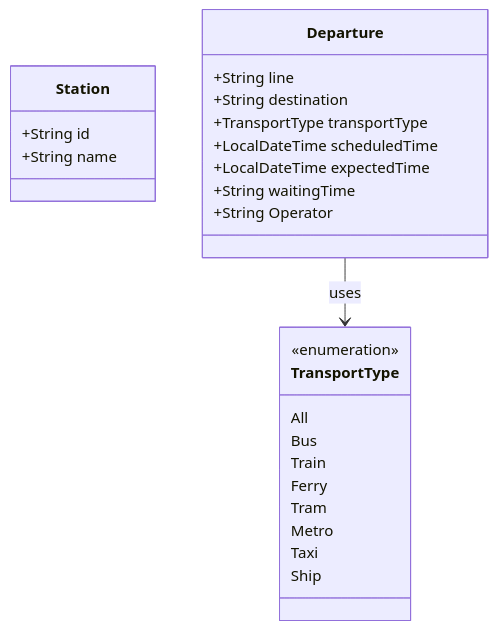
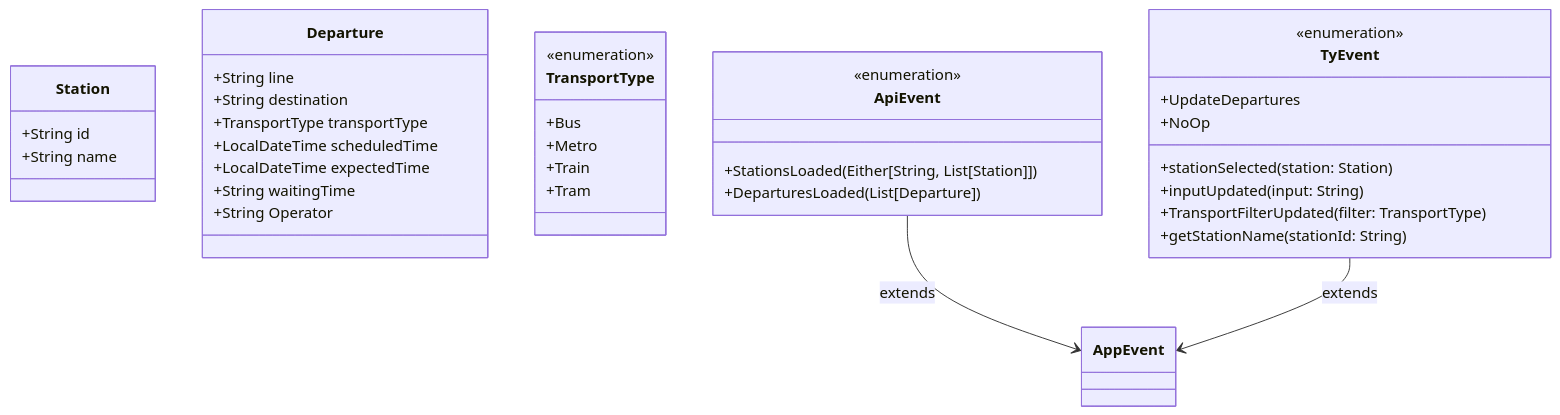
The fourth of 6 diagrams in docs/docs/tutorial-basics/detailed_design.md (nicola-ferrarese/Tyrian-Timetable), drawn with Mermaid before and after one commit. The commit also changed other lines of this file and 4 other files, not shown here.

````diff
--- a/docs/docs/tutorial-basics/detailed_design.md
+++ b/docs/docs/tutorial-basics/detailed_design.md
@@ -137,28 +141,39 @@
 ```mermaid
 classDiagram
     class Station {
         +String id
         +String name
     }
     class Departure {
         +String line
         +String destination
         +TransportType transportType
         +LocalDateTime scheduledTime
         +LocalDateTime expectedTime
         +String waitingTime
         +String Operator
     }
     class TransportType {
         <<enumeration>>
-        All
-        Bus
-        Train
-        Ferry
-        Tram
-        Metro
-        Taxi
-        Ship
+        +Bus
+        +Metro
+        +Train
+        +Tram
     }
-    Departure --> TransportType : uses
+    class ApiEvent {
+        <<enumeration>>
+        +StationsLoaded(Either[String, List[Station]])
+        +DeparturesLoaded(List[Departure])
+    }
+    class TyEvent {
+        <<enumeration>>
+         +stationSelected(station: Station)
+         +inputUpdated(input: String)
+         +TransportFilterUpdated(filter: TransportType)
+         +getStationName(stationId: String)
+         +UpdateDepartures
+         +NoOp
+    }
+    ApiEvent --> AppEvent : extends
+    TyEvent --> AppEvent : extends
 ```
````
